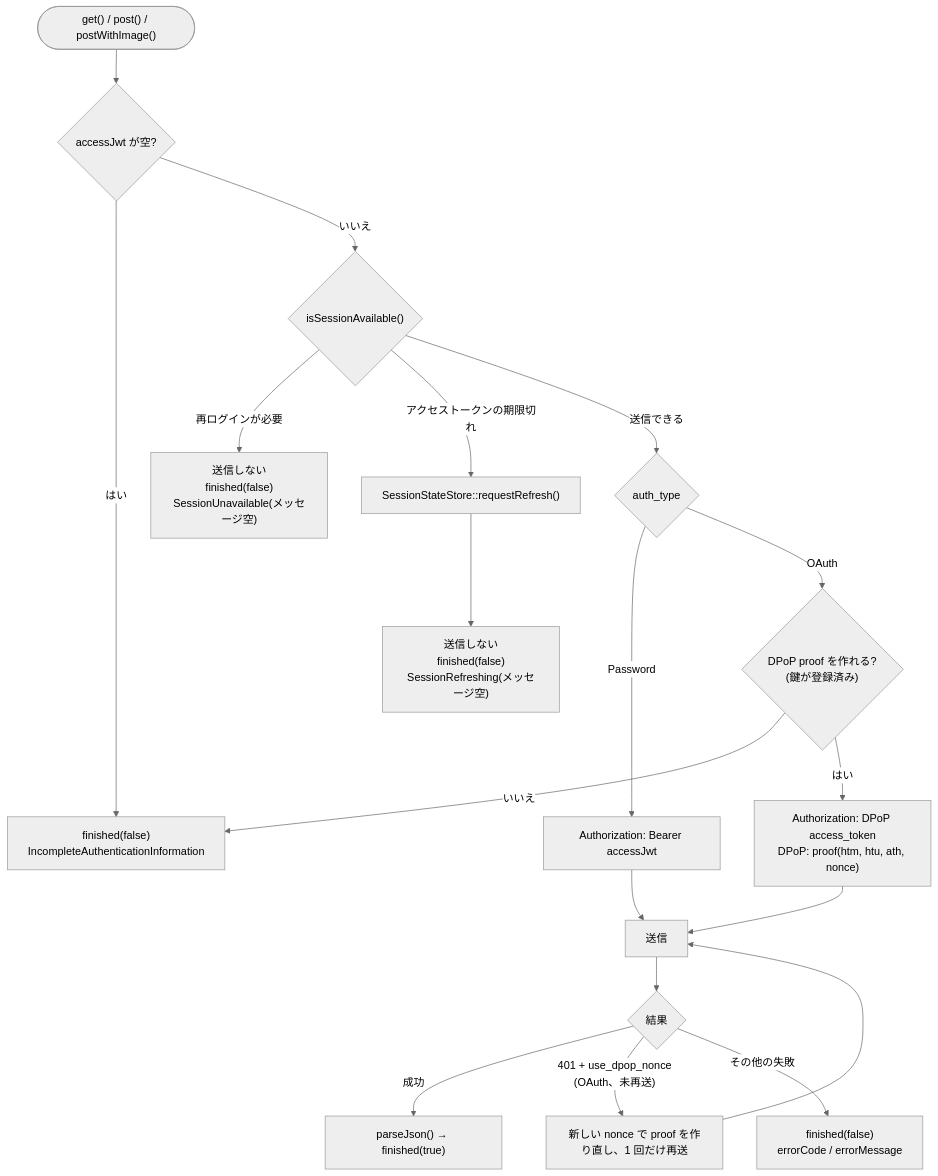
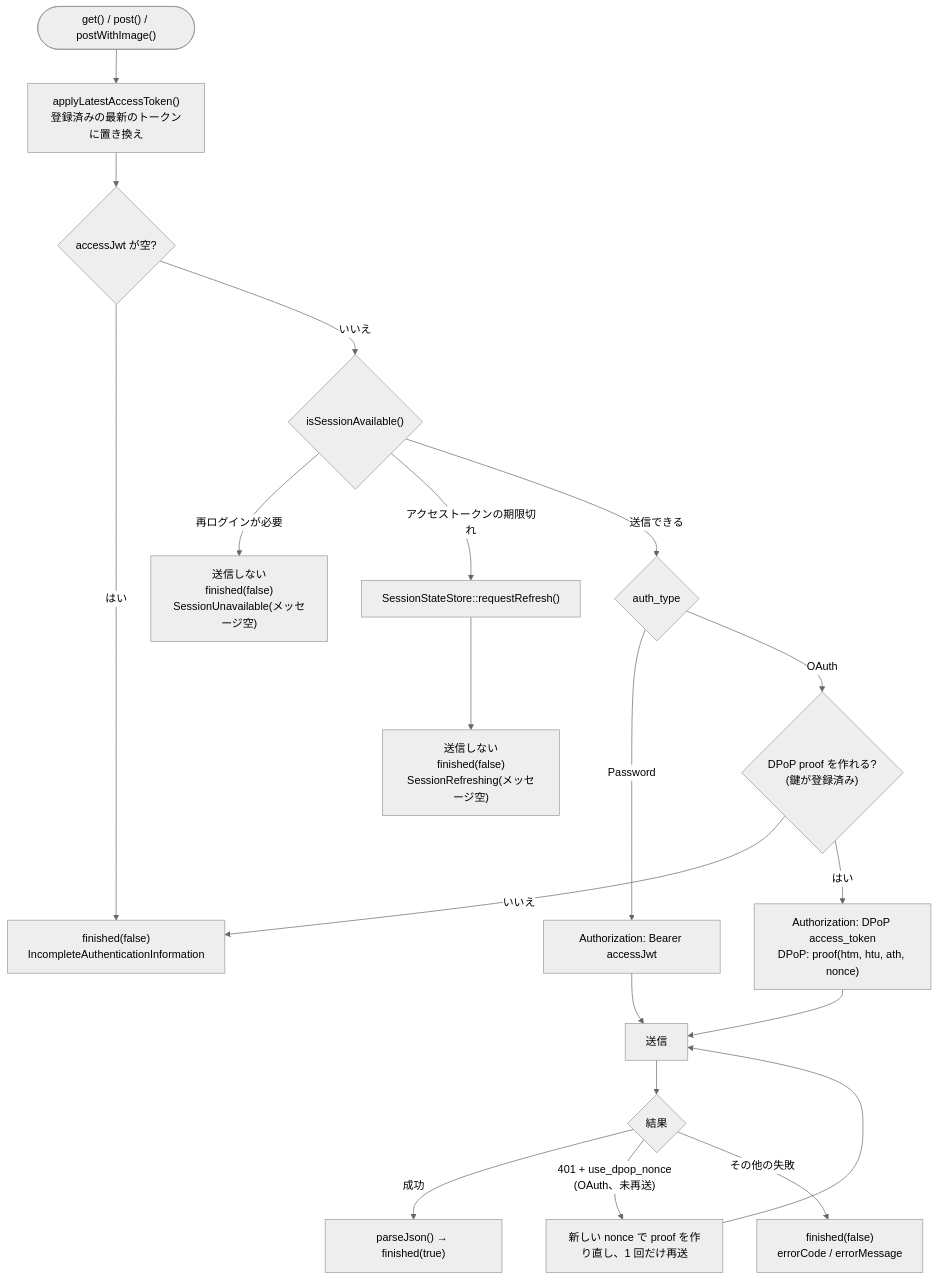
One commit to ioriayane/Hagoromo changed the fourth of 11 diagrams in docs/design/authentication.md. Above: the diagram before and after it, drawn with Mermaid (neutral theme). The commit also changed other lines of this file and 6 other files, not shown here.

````diff
--- a/docs/design/authentication.md
+++ b/docs/design/authentication.md
@@ -235,24 +239,25 @@
 ```mermaid
 flowchart TD
-    start(["get() / post() / postWithImage()"]) --> emptyJwt{"accessJwt が空?"}
+    start(["get() / post() / postWithImage()"]) --> latest["applyLatestAccessToken()<br/>登録済みの最新のトークンに置き換え"]
+    latest --> emptyJwt{"accessJwt が空?"}
     emptyJwt -- はい --> failIncomplete["finished(false)<br/>IncompleteAuthenticationInformation"]
     emptyJwt -- いいえ --> gate{"isSessionAvailable()"}
 
     gate -- 再ログインが必要 --> failUnavailable["送信しない<br/>finished(false)<br/>SessionUnavailable(メッセージ空)"]
     gate -- アクセストークンの期限切れ --> request["SessionStateStore::requestRefresh()"]
     request --> failRefreshing["送信しない<br/>finished(false)<br/>SessionRefreshing(メッセージ空)"]
     gate -- 送信できる --> authType{"auth_type"}
 
     authType -- Password --> bearer["Authorization: Bearer accessJwt"]
     authType -- OAuth --> proof{"DPoP proof を作れる?<br/>(鍵が登録済み)"}
     proof -- いいえ --> failIncomplete
     proof -- はい --> dpop["Authorization: DPoP access_token<br/>DPoP: proof(htm, htu, ath, nonce)"]
 
     bearer --> send["送信"]
     dpop --> send
     send --> reply{"結果"}
     reply -- 成功 --> ok["parseJson() → finished(true)"]
     reply -- "401 + use_dpop_nonce<br/>(OAuth、未再送)" --> retry["新しい nonce で proof を作り直し、1 回だけ再送"]
     retry --> send
     reply -- その他の失敗 --> ng["finished(false)<br/>errorCode / errorMessage"]
 ```
````
